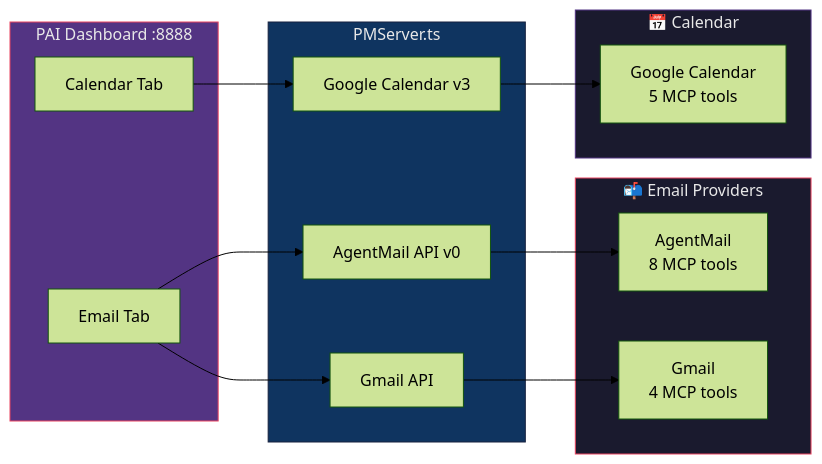
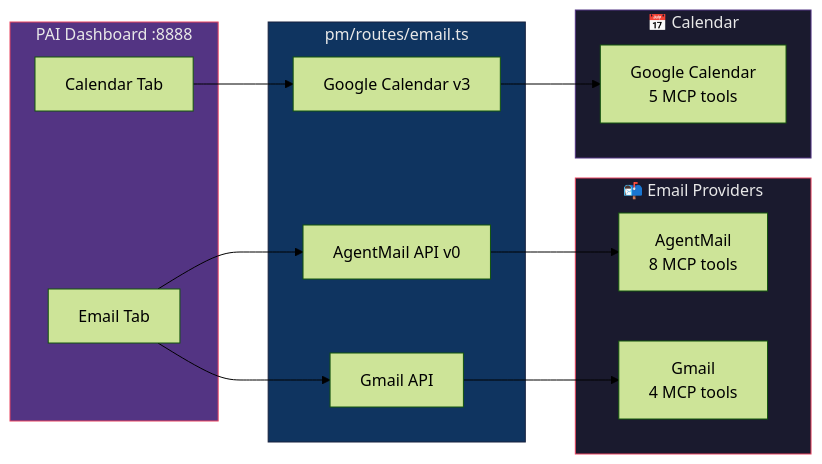
The sixth of 8 diagrams in docs/pai/README.md (docxology/codomyrmex), drawn with Mermaid (forest theme) before and after one commit. The commit also changed other lines of this file and 385 other files, not shown here.

````diff
--- a/docs/pai/README.md
+++ b/docs/pai/README.md
@@ -276,34 +304,34 @@
 ```mermaid
 graph LR
     subgraph Providers["📬 Email Providers"]
         AM["AgentMail<br/>8 MCP tools"]
         GM["Gmail<br/>4 MCP tools"]
     end
 
     subgraph Calendar["📅 Calendar"]
         GC["Google Calendar<br/>5 MCP tools"]
     end
 
     subgraph Dashboard["PAI Dashboard :8888"]
         EMAIL_TAB["Email Tab"]
         CAL_TAB["Calendar Tab"]
     end
 
-    subgraph Backend["PMServer.ts"]
+    subgraph Backend["pm/routes/email.ts"]
         AM_API["AgentMail API v0"]
         GM_API["Gmail API"]
         GCAL_API["Google Calendar v3"]
     end
 
     EMAIL_TAB --> AM_API
     EMAIL_TAB --> GM_API
     CAL_TAB --> GCAL_API
     AM_API --> AM
     GM_API --> GM
     GCAL_API --> GC
 
     style Providers fill:#1a1a2e,stroke:#e94560,color:#e8e8e8
     style Calendar fill:#1a1a2e,stroke:#533483,color:#e8e8e8
     style Dashboard fill:#533483,stroke:#e94560,color:#e8e8e8
     style Backend fill:#0f3460,stroke:#16213e,color:#e8e8e8
 ```
````
